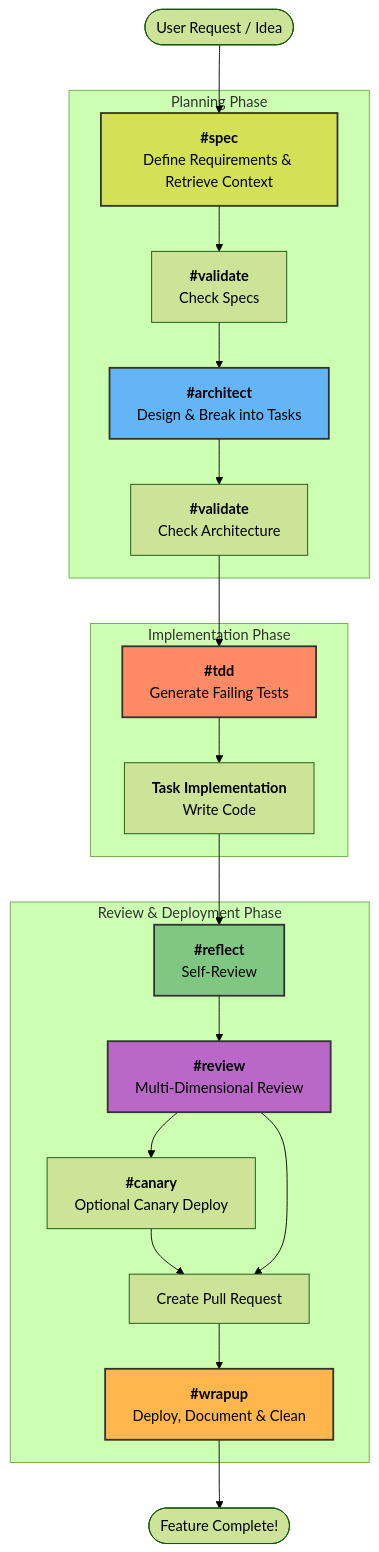
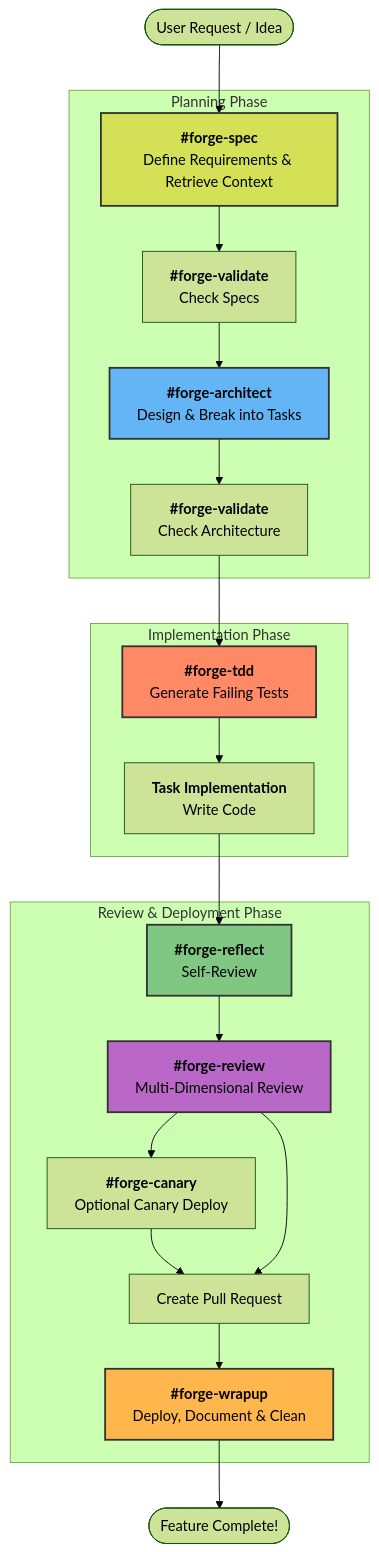
Before and after one commit to AI-Corner/copilot-forge: the first of 5 diagrams in .forge/context/corpus/copilot_forge_flow_demo.md, drawn with Mermaid (forest theme). The commit also changed other lines of this file and 30 other files, not shown here.

Commit message:
chore: update .forge/ project context files to use forge- prefixed prompt names

````diff
--- a/.forge/context/corpus/copilot_forge_flow_demo.md
+++ b/.forge/context/corpus/copilot_forge_flow_demo.md
@@ -19,33 +19,33 @@
 ```mermaid
 graph TD
-    Start([User Request / Idea]) --> Spec[<b>#spec</b><br/>Define Requirements & Retrieve Context]
+    Start([User Request / Idea]) --> Spec[<b>#forge-spec</b><br/>Define Requirements & Retrieve Context]
     
     subgraph Planning Phase
-    Spec --> V1[<b>#validate</b><br/>Check Specs]
-    V1 --> Architect[<b>#architect</b><br/>Design & Break into Tasks]
-    Architect --> V2[<b>#validate</b><br/>Check Architecture]
+    Spec --> V1[<b>#forge-validate</b><br/>Check Specs]
+    V1 --> Architect[<b>#forge-architect</b><br/>Design & Break into Tasks]
+    Architect --> V2[<b>#forge-validate</b><br/>Check Architecture]
     end
     
     subgraph Implementation Phase
-    V2 --> TDD[<b>#tdd</b><br/>Generate Failing Tests]
+    V2 --> TDD[<b>#forge-tdd</b><br/>Generate Failing Tests]
     TDD --> Implement[<b>Task Implementation</b><br/>Write Code]
     end
     
     subgraph Review & Deployment Phase
-    Implement --> Reflect[<b>#reflect</b><br/>Self-Review]
-    Reflect --> Review[<b>#review</b><br/>Multi-Dimensional Review]
-    Review --> Canary[<b>#canary</b><br/>Optional Canary Deploy]
+    Implement --> Reflect[<b>#forge-reflect</b><br/>Self-Review]
+    Reflect --> Review[<b>#forge-review</b><br/>Multi-Dimensional Review]
+    Review --> Canary[<b>#forge-canary</b><br/>Optional Canary Deploy]
     Canary --> PR[Create Pull Request]
     Review --> PR
-    PR --> Wrapup[<b>#wrapup</b><br/>Deploy, Document & Clean]
+    PR --> Wrapup[<b>#forge-wrapup</b><br/>Deploy, Document & Clean]
     end
     
     Wrapup --> Finish([Feature Complete!])
 
     style Spec fill:#d4e157,stroke:#333,stroke-width:2px
     style Architect fill:#64b5f6,stroke:#333,stroke-width:2px
     style TDD fill:#ff8a65,stroke:#333,stroke-width:2px
     style Reflect fill:#81c784,stroke:#333,stroke-width:2px
     style Review fill:#ba68c8,stroke:#333,stroke-width:2px
     style Wrapup fill:#ffb74d,stroke:#333,stroke-width:2px
 ```
````
